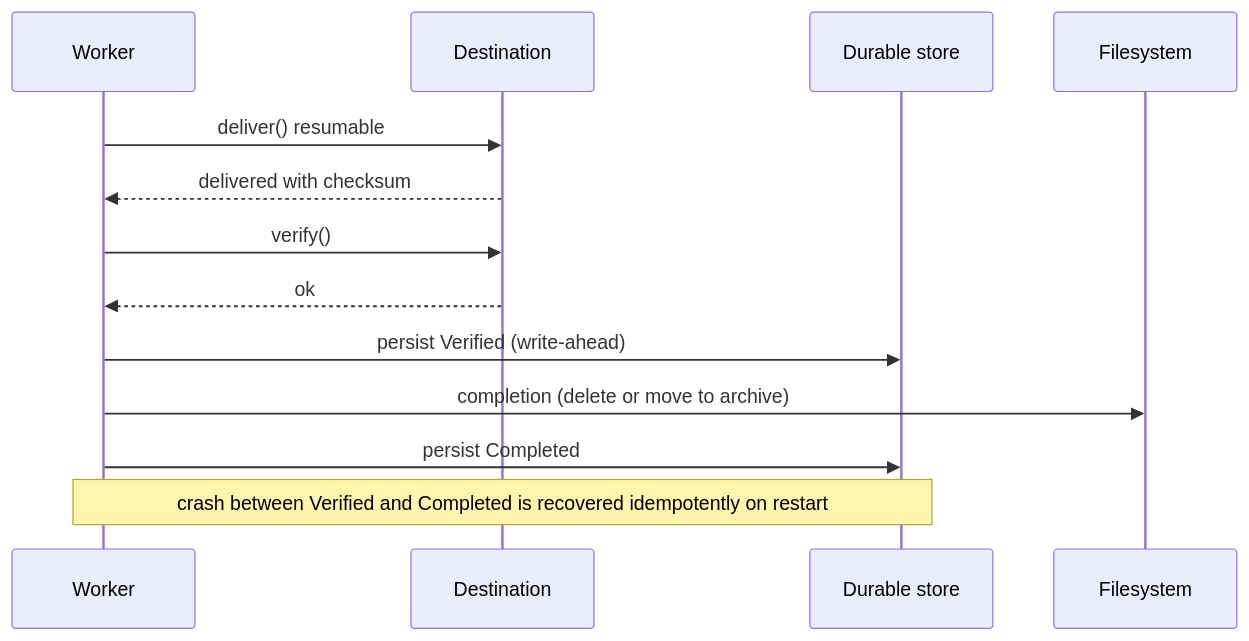
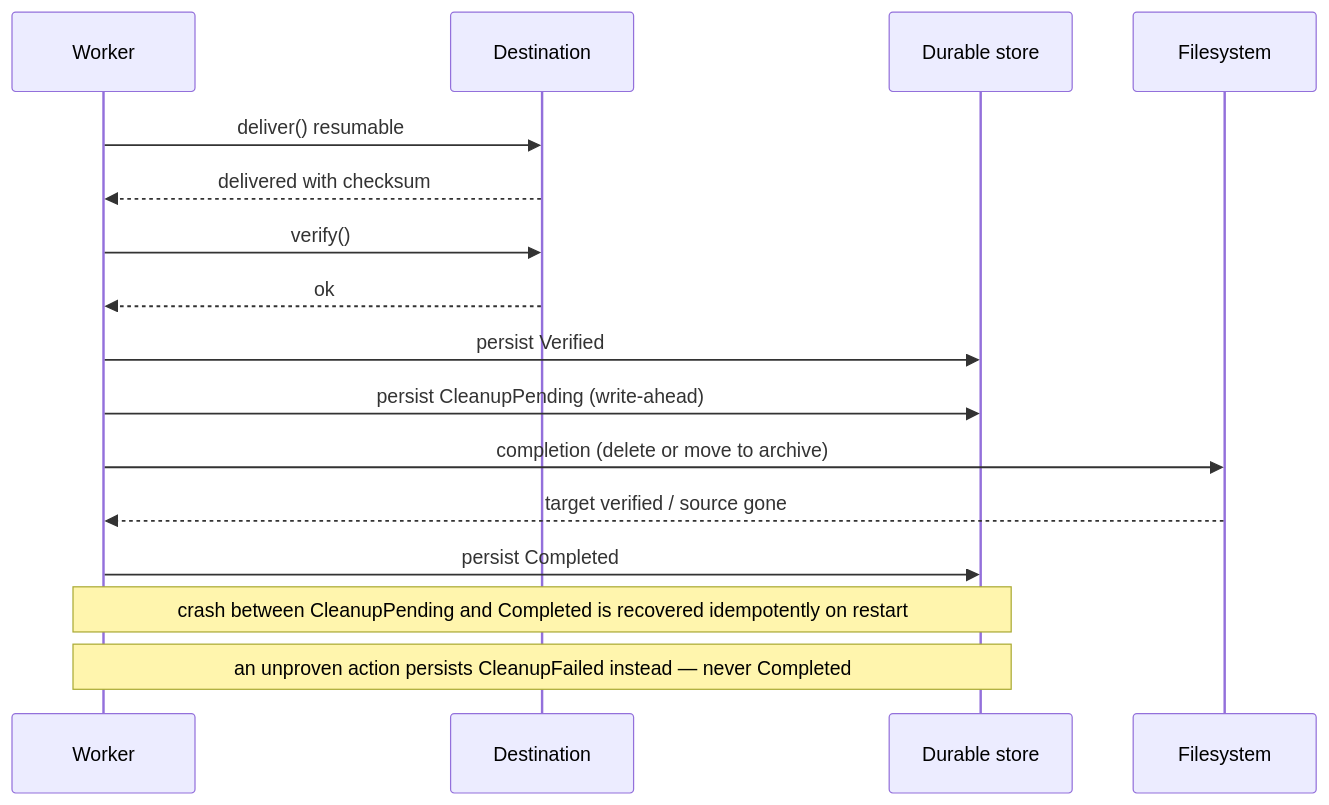
Before and after one commit to edgecommons/file-replicator: the sixth of 7 diagrams in DESIGN.md, drawn with Mermaid. The commit also changed other lines of this file and 20 other files, not shown here.

````diff
--- a/DESIGN.md
+++ b/DESIGN.md
@@ -777,15 +797,18 @@
 ```mermaid
 sequenceDiagram
   participant W as Worker
   participant D as Destination
   participant S as Durable store
   participant F as Filesystem
   W->>D: deliver() resumable
   D-->>W: delivered with checksum
   W->>D: verify()
   D-->>W: ok
-  W->>S: persist Verified (write-ahead)
+  W->>S: persist Verified
+  W->>S: persist CleanupPending (write-ahead)
   W->>F: completion (delete or move to archive)
+  F-->>W: target verified / source gone
   W->>S: persist Completed
-  Note over W,S: crash between Verified and Completed is recovered idempotently on restart
+  Note over W,S: crash between CleanupPending and Completed is recovered idempotently on restart
+  Note over W,S: an unproven action persists CleanupFailed instead — never Completed
 ```
````
